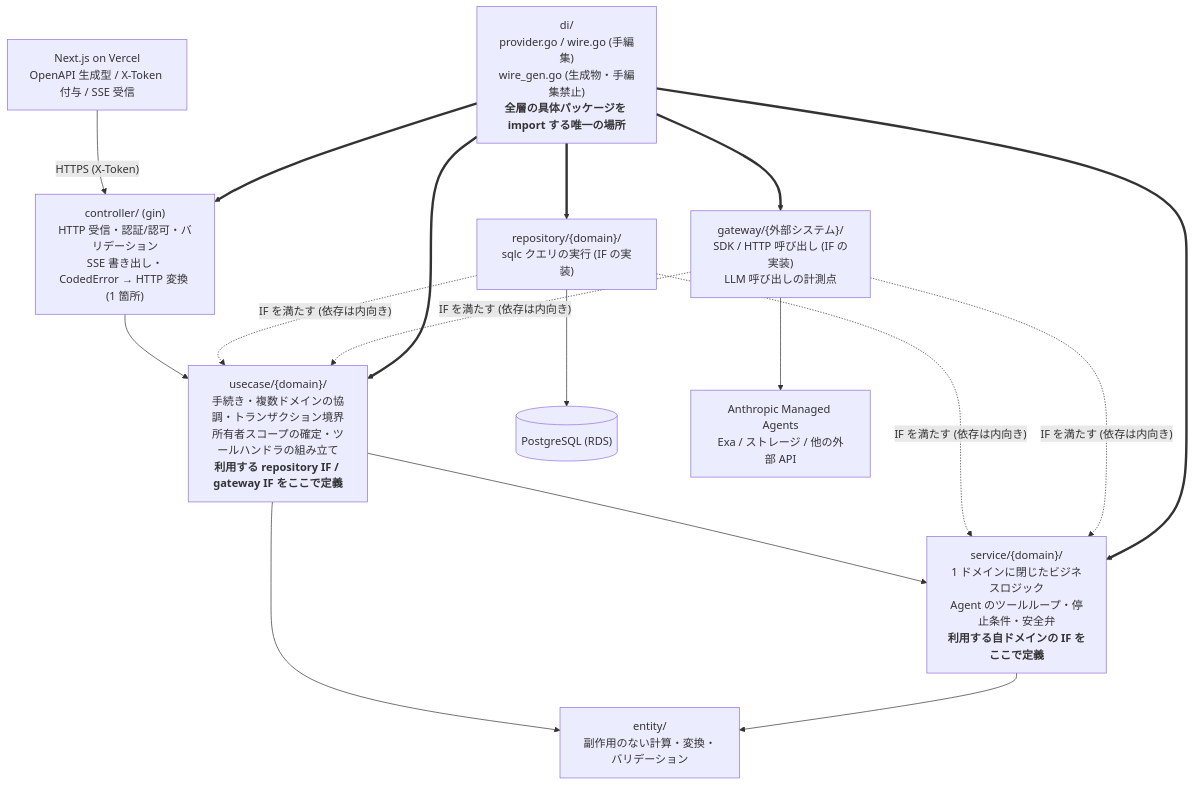
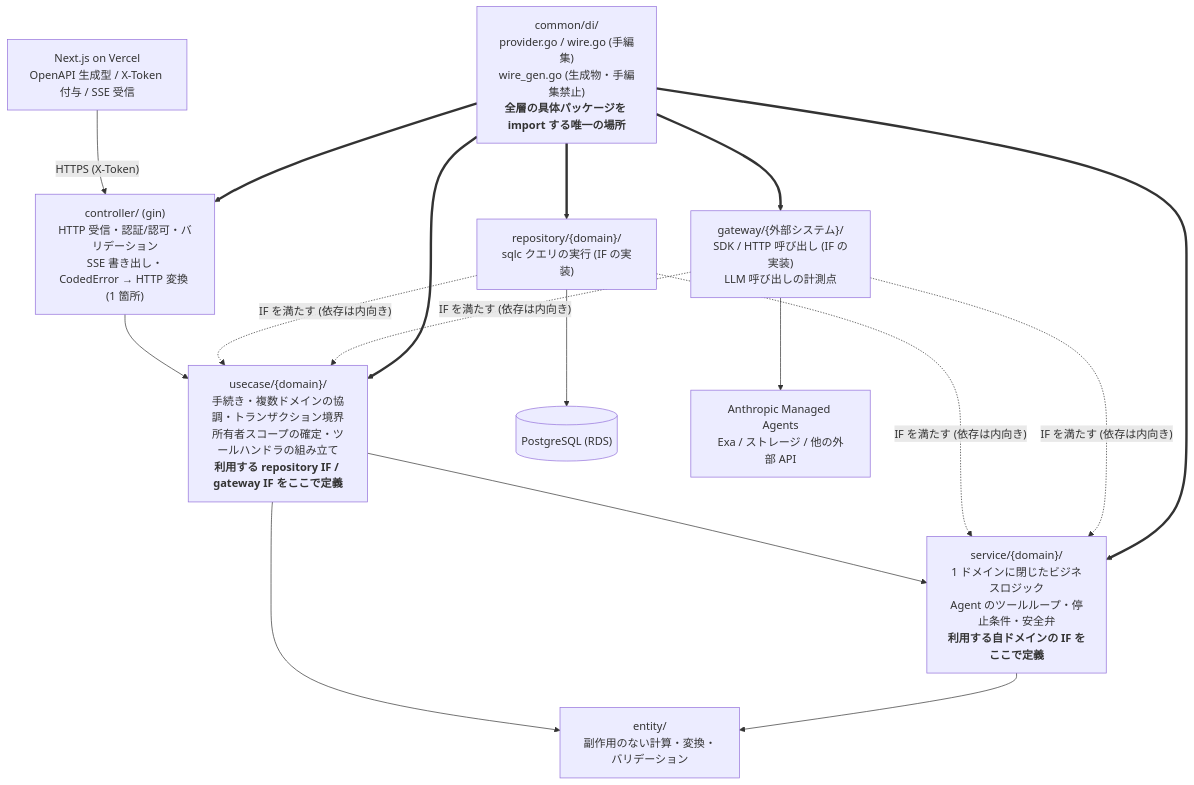
One commit to yumori59/hassan_v3_design changed the diagram in docs/design/architecture.md. Above: the diagram before and after it, drawn with Mermaid. The commit also changed other lines of this file and 53 other files, not shown here.

````diff
--- a/docs/design/architecture.md
+++ b/docs/design/architecture.md
@@ -95,30 +95,30 @@
 ```mermaid
 flowchart TB
     FE["Next.js on Vercel<br/>OpenAPI 生成型 / X-Token 付与 / SSE 受信"]
     C["controller/ (gin)<br/>HTTP 受信・認証/認可・バリデーション<br/>SSE 書き出し・CodedError → HTTP 変換 (1 箇所)"]
     U["usecase/{domain}/<br/>手続き・複数ドメインの協調・トランザクション境界<br/>所有者スコープの確定・ツールハンドラの組み立て<br/><b>利用する repository IF / gateway IF をここで定義</b>"]
     S["service/{domain}/<br/>1 ドメインに閉じたビジネスロジック<br/>Agent のツールループ・停止条件・安全弁<br/><b>利用する自ドメインの IF をここで定義</b>"]
     E["entity/<br/>副作用のない計算・変換・バリデーション"]
     R["repository/{domain}/<br/>sqlc クエリの実行 (IF の実装)"]
     G["gateway/{外部システム}/<br/>SDK / HTTP 呼び出し (IF の実装)<br/>LLM 呼び出しの計測点"]
-    DI["di/<br/>provider.go / wire.go (手編集)<br/>wire_gen.go (生成物・手編集禁止)<br/><b>全層の具体パッケージを import する唯一の場所</b>"]
+    DI["common/di/<br/>provider.go / wire.go (手編集)<br/>wire_gen.go (生成物・手編集禁止)<br/><b>全層の具体パッケージを import する唯一の場所</b>"]
     DB[("PostgreSQL (RDS)")]
     EXT["Anthropic Managed Agents<br/>Exa / ストレージ / 他の外部 API"]
 
     FE -->|"HTTPS (X-Token)"| C
     C --> U
     U --> S
     U --> E
     S --> E
     R -. "IF を満たす (依存は内向き)" .-> U
     R -. "IF を満たす (依存は内向き)" .-> S
     G -. "IF を満たす (依存は内向き)" .-> U
     G -. "IF を満たす (依存は内向き)" .-> S
     DI ==> C
     DI ==> U
     DI ==> S
     DI ==> R
     DI ==> G
     R --> DB
     G --> EXT
 ```
````
